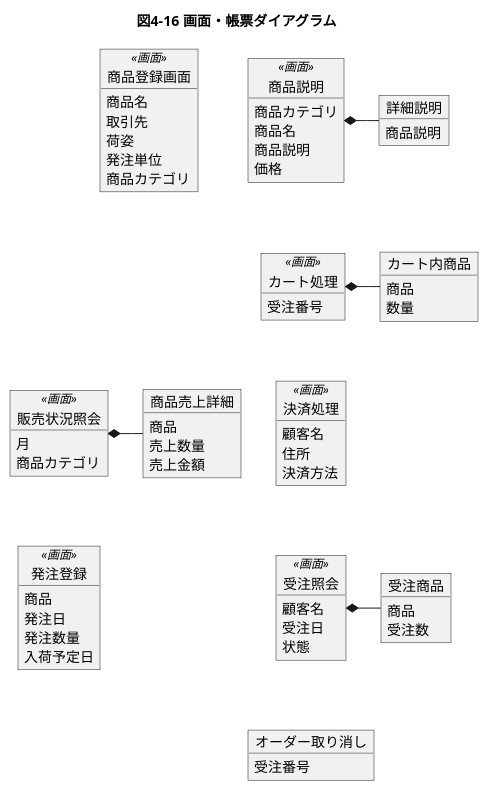
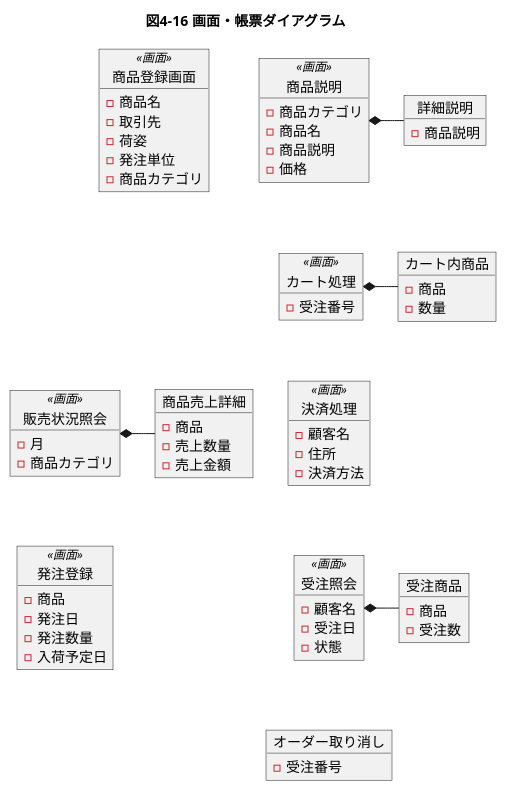
One commit to eyasuyuki/rdra-example changed the diagram in chap04/4-16.puml. Above: the diagram before and after it, drawn with PlantUML. The commit also changed 16 other files, not shown here.

```diff
--- a/chap04/4-16.puml
+++ b/chap04/4-16.puml
@@ -1,69 +1,69 @@
 @startuml
 title 図4-16 画面・帳票ダイアグラム
 object 商品登録画面 <<画面>> {
-    商品名
-    取引先
-    荷姿
-    発注単位
-    商品カテゴリ
+    - 商品名
+    - 取引先
+    - 荷姿
+    - 発注単位
+    - 商品カテゴリ
 }
 object 販売状況照会 <<画面>> {
-    月
-    商品カテゴリ
+    - 月
+    - 商品カテゴリ
 }
 商品登録画面 -[hidden]-- 販売状況照会
 object 商品売上詳細 {
-    商品
-    売上数量
-    売上金額
+    - 商品
+    - 売上数量
+    - 売上金額
 }
 販売状況照会 *-right- 商品売上詳細
 object 発注登録 <<画面>> {
-    商品　
-    発注日
-    発注数量
-    入荷予定日
+    - 商品
+    - 発注日
+    - 発注数量
+    - 入荷予定日
 }
 販売状況照会 -[hidden]- 発注登録
 object 商品説明 <<画面>> {
-    商品カテゴリ
-    商品名
-    商品説明
-    価格
+    - 商品カテゴリ
+    - 商品名
+    - 商品説明
+    - 価格
 }
 商品登録画面 -[hidden]right---- 商品説明
 object 詳細説明 {
-    商品説明
+    - 商品説明
 }
 商品説明 *-right- 詳細説明
 object カート処理 <<画面>> {
-    受注番号
+    - 受注番号
 }
 object カート内商品 {
-    商品
-    数量
+    - 商品
+    - 数量
 }
 商品説明 -[hidden]- カート処理
 カート処理 *-right- カート内商品
 object 決済処理 <<画面>> {
-    顧客名
-    住所
-    決済方法
+    - 顧客名
+    - 住所
+    - 決済方法
 }
 カート処理 -[hidden]- 決済処理
 object 受注照会 <<画面>> {
-    顧客名
-    受注日
-    状態
+    - 顧客名
+    - 受注日
+    - 状態
 }
 決済処理 -[hidden]- 受注照会
 object 受注商品 {
-    商品
-    受注数
+    - 商品
+    - 受注数
 }
 受注照会 *-right- 受注商品
 object オーダー取り消し {
-    受注番号
+    - 受注番号
 }
 受注照会 -[hidden]- オーダー取り消し
 @enduml
```
